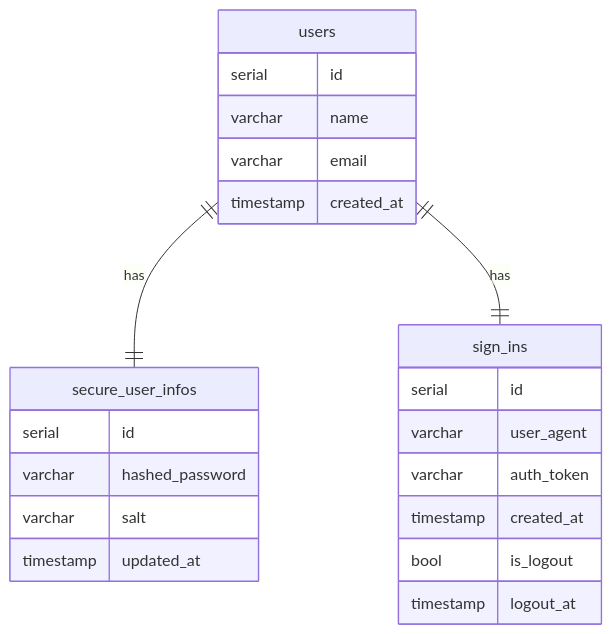
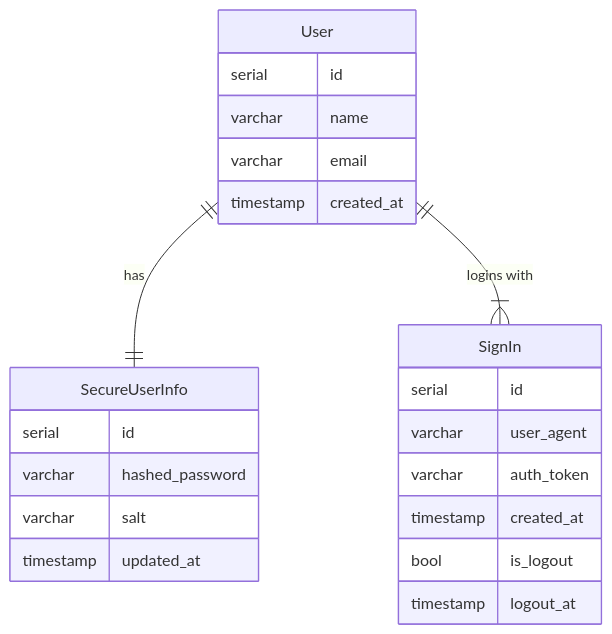
One commit to Daniil-Solo/PastaBeanAuthService changed the diagram in README.md. Above: the diagram before and after it, drawn with Mermaid.

Commit message:
rename entities in ER

````diff
--- a/README.md
+++ b/README.md
@@ -30,25 +30,25 @@
 ```mermaid
 erDiagram
-    users {
+    User {
         serial id
         varchar name
         varchar email
         timestamp created_at
     }
-    users ||--|| secure_user_infos : has
-    secure_user_infos{
+    User ||--|| SecureUserInfo : has
+    SecureUserInfo{
         serial id
         varchar hashed_password
         varchar salt
         timestamp updated_at
     }
-    users ||--|| sign_ins : has
-    sign_ins{
+    User ||--|{ SignIn : "logins with"
+    SignIn{
         serial id
         varchar user_agent
         varchar auth_token
         timestamp created_at
         bool is_logout
         timestamp logout_at
     }
 ```
````
